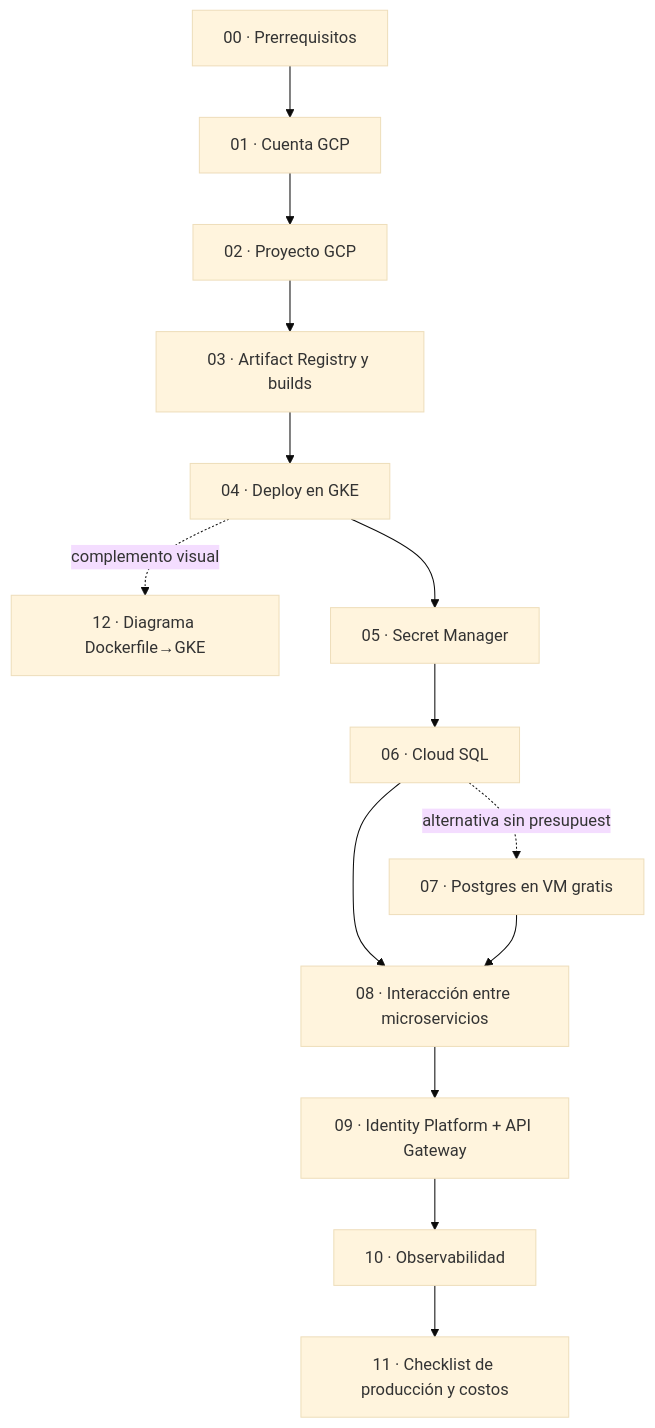
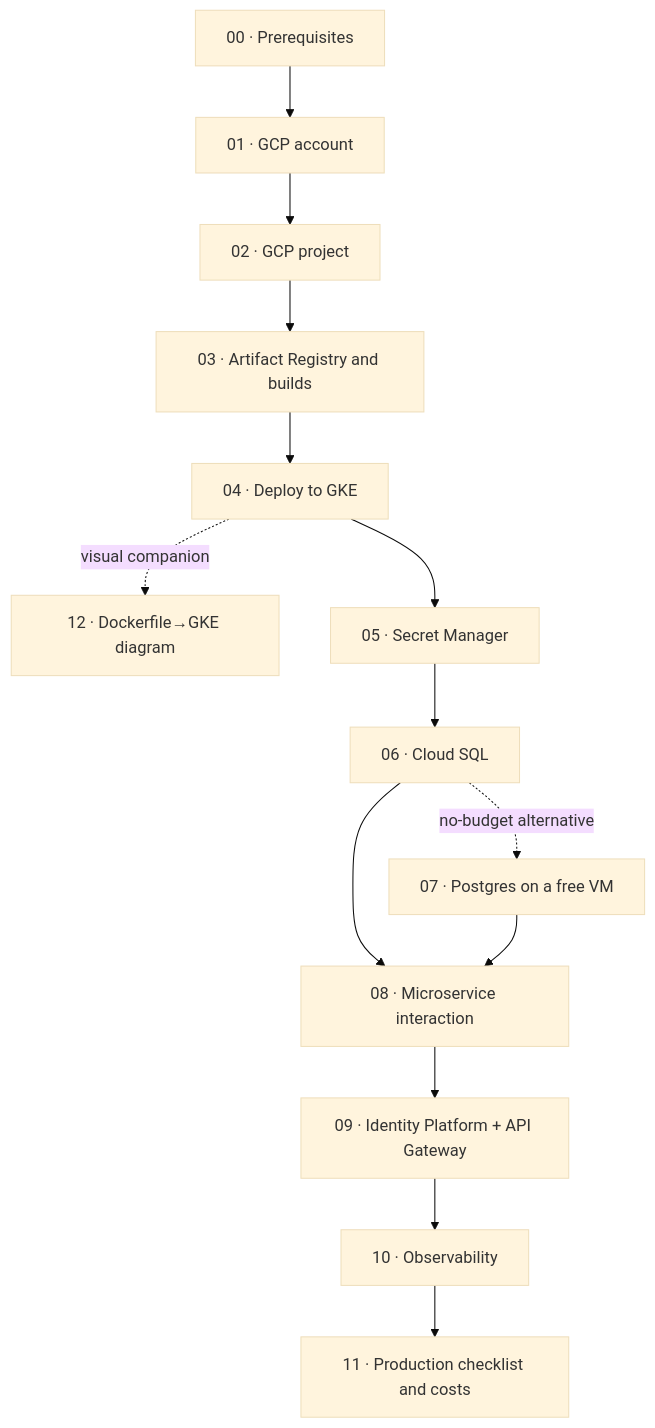
One commit to aabse/hogwarts-backend changed the diagram in GKE_GCP_DEPLOYMENT/README.md. Above: the diagram before and after it, drawn with Mermaid (base theme). The commit also changed other lines of this file and 14 other files, not shown here.

First line of the commit message:
docs: translate GKE/GCP deployment guides to English

````diff
--- a/GKE_GCP_DEPLOYMENT/README.md
+++ b/GKE_GCP_DEPLOYMENT/README.md
@@ -23,16 +23,16 @@
 ```mermaid
 flowchart TD
-    00["00 · Prerrequisitos"] --> 01["01 · Cuenta GCP"]
-    01 --> 02["02 · Proyecto GCP"]
-    02 --> 03["03 · Artifact Registry y builds"]
-    03 --> 04["04 · Deploy en GKE"]
+    00["00 · Prerequisites"] --> 01["01 · GCP account"]
+    01 --> 02["02 · GCP project"]
+    02 --> 03["03 · Artifact Registry and builds"]
+    03 --> 04["04 · Deploy to GKE"]
     04 --> 05["05 · Secret Manager"]
     05 --> 06["06 · Cloud SQL"]
-    06 -.alternativa sin presupuesto.-> 07["07 · Postgres en VM gratis"]
-    06 --> 08["08 · Interacción entre microservicios"]
+    06 -.no-budget alternative.-> 07["07 · Postgres on a free VM"]
+    06 --> 08["08 · Microservice interaction"]
     07 --> 08
     08 --> 09["09 · Identity Platform + API Gateway"]
-    09 --> 10["10 · Observabilidad"]
-    10 --> 11["11 · Checklist de producción y costos"]
-    04 -.complemento visual.-> 12["12 · Diagrama Dockerfile→GKE"]
+    09 --> 10["10 · Observability"]
+    10 --> 11["11 · Production checklist and costs"]
+    04 -.visual companion.-> 12["12 · Dockerfile→GKE diagram"]
 ```
````
